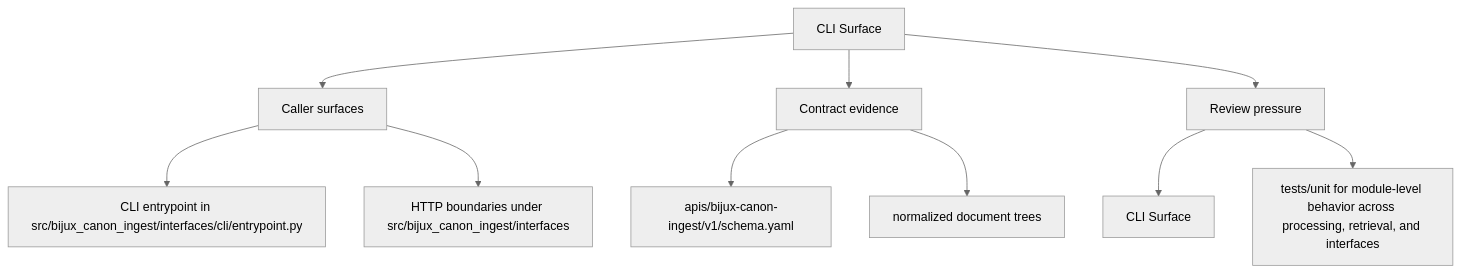
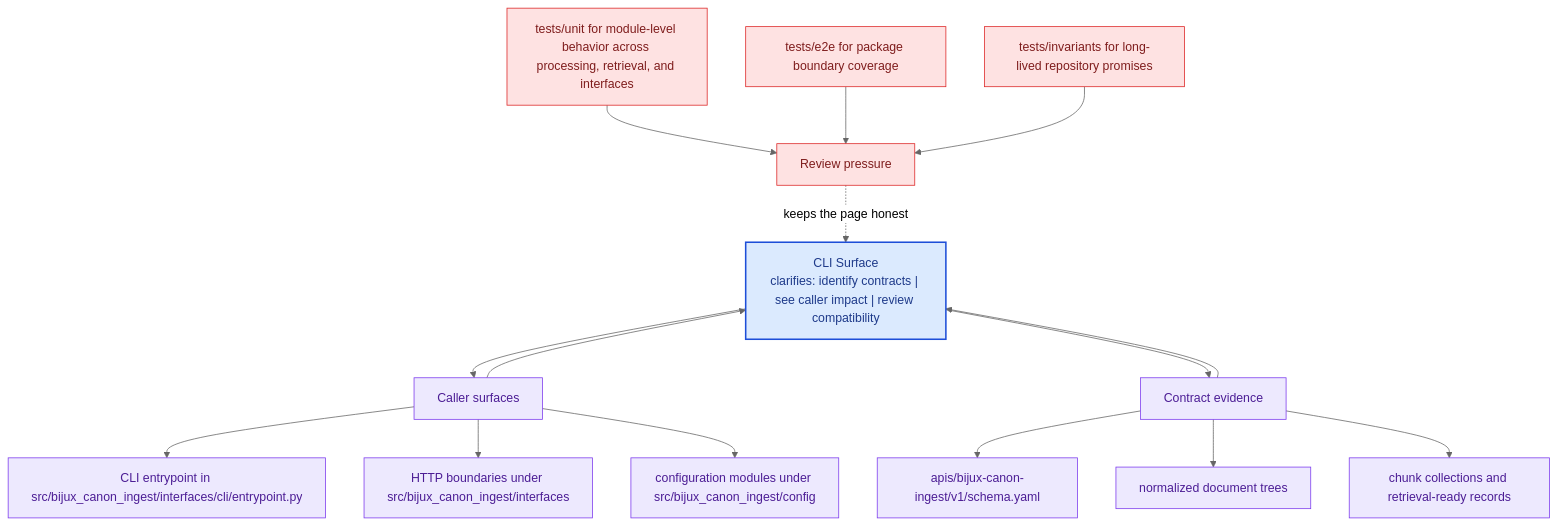
The second of 2 diagrams in docs/bijux-canon-ingest/interfaces/cli-surface.md (bijux/bijux-canon), drawn with Mermaid (neutral theme) before and after one commit. The commit also changed other lines of this file and 281 other files, not shown here.

Commit message:
docs(diagrams): deepen handbook mermaid maps across the catalog

````diff
--- a/docs/bijux-canon-ingest/interfaces/cli-surface.md
+++ b/docs/bijux-canon-ingest/interfaces/cli-surface.md
@@ -36,22 +69,41 @@
 ```mermaid
-flowchart TD
-    page["CLI Surface"]
+flowchart TB
+    promise["CLI Surface<br/>clarifies: identify contracts | see caller impact | review compatibility"]
+    classDef promise fill:#dbeafe,stroke:#1d4ed8,color:#1e3a8a,stroke-width:2px;
+    classDef driver fill:#dcfce7,stroke:#16a34a,color:#14532d;
+    classDef constraint fill:#fee2e2,stroke:#dc2626,color:#7f1d1d;
+    classDef ground fill:#ede9fe,stroke:#7c3aed,color:#4c1d95;
     focus1["Caller surfaces"]
-    page --> focus1
+    focus1 --> promise
+    promise --> focus1
     focus1_1["CLI entrypoint in src/bijux_canon_ingest/interfaces/cli/entrypoint.py"]
     focus1 --> focus1_1
     focus1_2["HTTP boundaries under src/bijux_canon_ingest/interfaces"]
     focus1 --> focus1_2
+    focus1_3["configuration modules under src/bijux_canon_ingest/config"]
+    focus1 --> focus1_3
+    class focus1 ground;
+    class focus1_1,focus1_2,focus1_3 ground;
     focus2["Contract evidence"]
-    page --> focus2
+    focus2 --> promise
+    promise --> focus2
     focus2_1["apis/bijux-canon-ingest/v1/schema.yaml"]
     focus2 --> focus2_1
     focus2_2["normalized document trees"]
     focus2 --> focus2_2
+    focus2_3["chunk collections and retrieval-ready records"]
+    focus2 --> focus2_3
+    class focus2 ground;
+    class focus2_1,focus2_2,focus2_3 ground;
     focus3["Review pressure"]
-    page --> focus3
-    focus3_1["CLI Surface"]
-    focus3 --> focus3_1
-    focus3_2["tests/unit for module-level behavior across processing, retrieval, and interfaces"]
-    focus3 --> focus3_2
+    focus3 -.keeps the page honest.-> promise
+    focus3_1["tests/unit for module-level behavior across processing, retrieval, and interfaces"]
+    focus3_1 --> focus3
+    focus3_2["tests/e2e for package boundary coverage"]
+    focus3_2 --> focus3
+    focus3_3["tests/invariants for long-lived repository promises"]
+    focus3_3 --> focus3
+    class focus3 constraint;
+    class focus3_1,focus3_2,focus3_3 constraint;
+    class promise promise;
 ```
````
